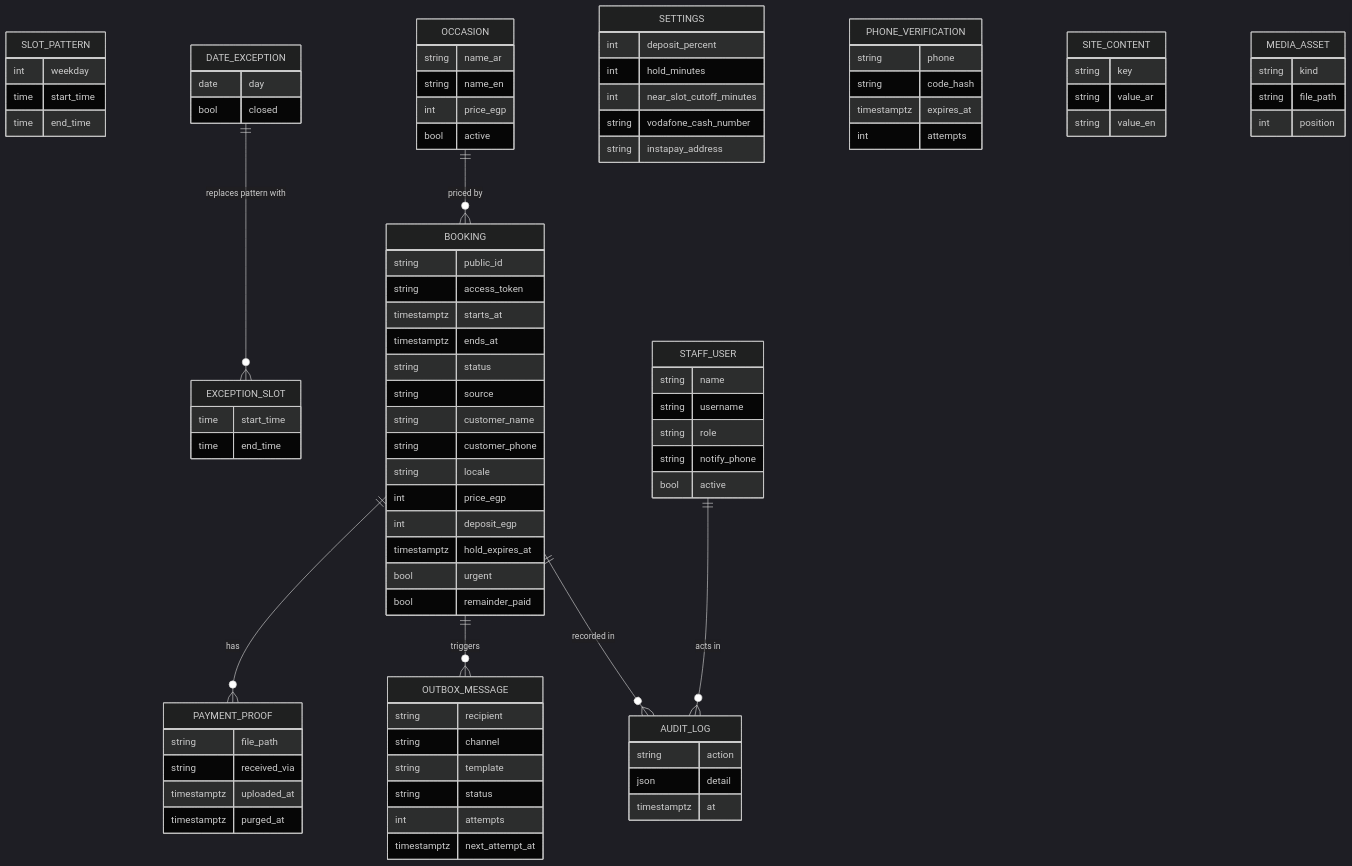
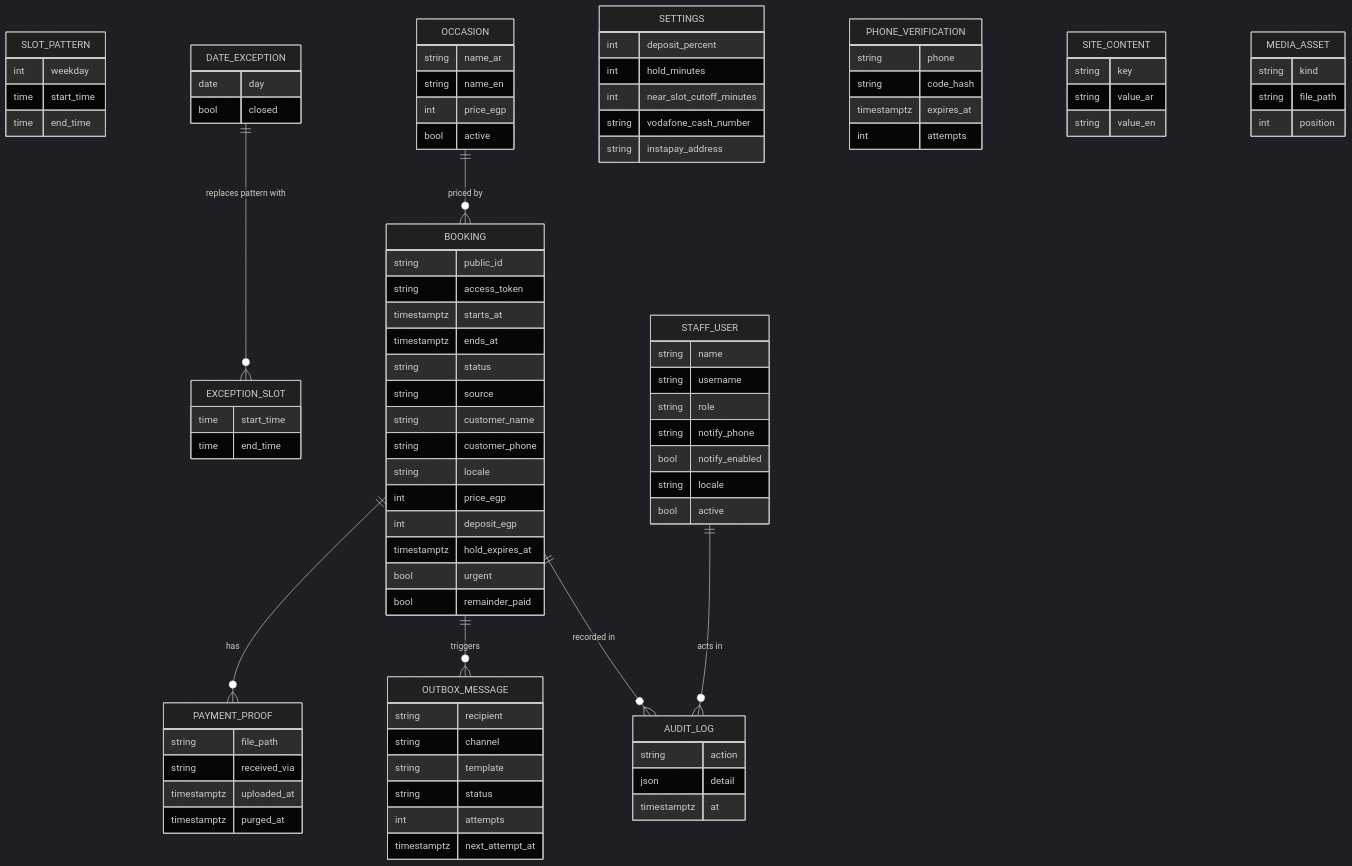
One commit to ZamzamMasjid/wesal changed the first of 2 diagrams in docs/architecture/data-model.md. Above: the diagram before and after it, drawn with Mermaid (dark theme). The commit also changed 26 other files, not shown here.

```diff
--- a/docs/architecture/data-model.md
+++ b/docs/architecture/data-model.md
@@ -89,6 +89,8 @@
     string username
     string role
     string notify_phone
+    bool notify_enabled
+    string locale
     bool active
   }
   AUDIT_LOG {
```
